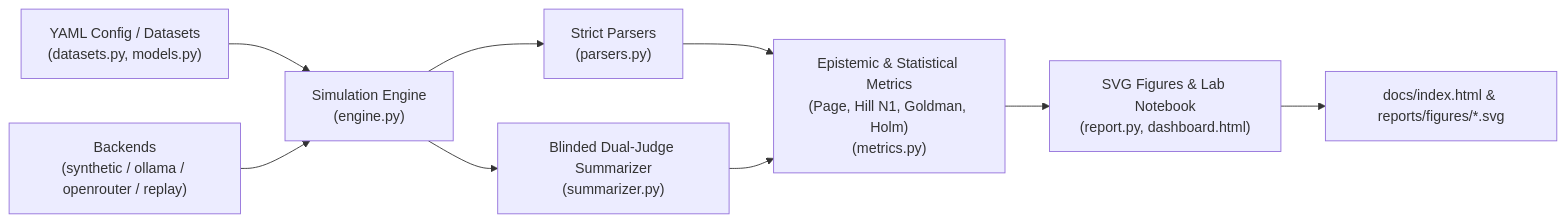
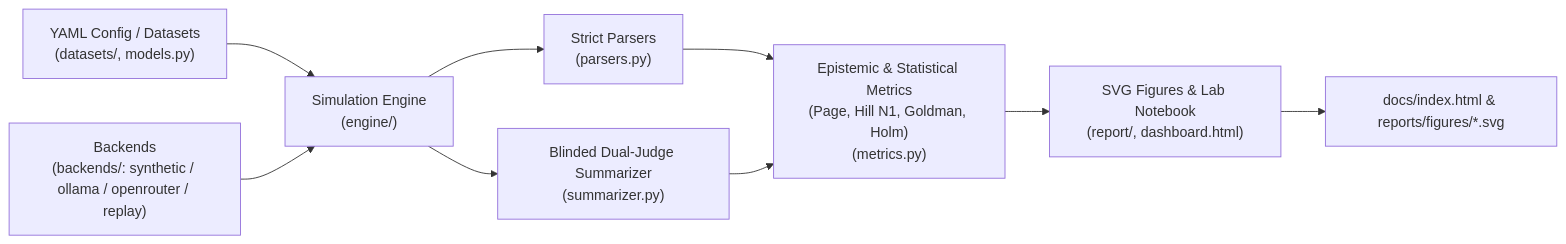
One commit to OscarBuzz2006/Project-Veritas changed the diagram in README.md. Above: the diagram before and after it, drawn with Mermaid. The commit also changed other lines of this file and 39 other files, not shown here.

````diff
--- a/README.md
+++ b/README.md
@@ -62,11 +62,11 @@
 ```mermaid
 flowchart LR
-    CFG["YAML Config / Datasets<br/>(datasets.py, models.py)"] --> ENG["Simulation Engine<br/>(engine.py)"]
-    BE["Backends<br/>(synthetic / ollama / openrouter / replay)"] --> ENG
+    CFG["YAML Config / Datasets<br/>(datasets/, models.py)"] --> ENG["Simulation Engine<br/>(engine/)"]
+    BE["Backends<br/>(backends/: synthetic / ollama / openrouter / replay)"] --> ENG
     ENG --> PAR["Strict Parsers<br/>(parsers.py)"]
     ENG --> SUM["Blinded Dual-Judge Summarizer<br/>(summarizer.py)"]
     PAR --> MET["Epistemic & Statistical Metrics<br/>(Page, Hill N1, Goldman, Holm)<br/>(metrics.py)"]
     SUM --> MET
-    MET --> REP["SVG Figures & Lab Notebook<br/>(report.py, dashboard.html)"]
+    MET --> REP["SVG Figures & Lab Notebook<br/>(report/, dashboard.html)"]
     REP --> DOCS["docs/index.html & reports/figures/*.svg"]
 ```
````
